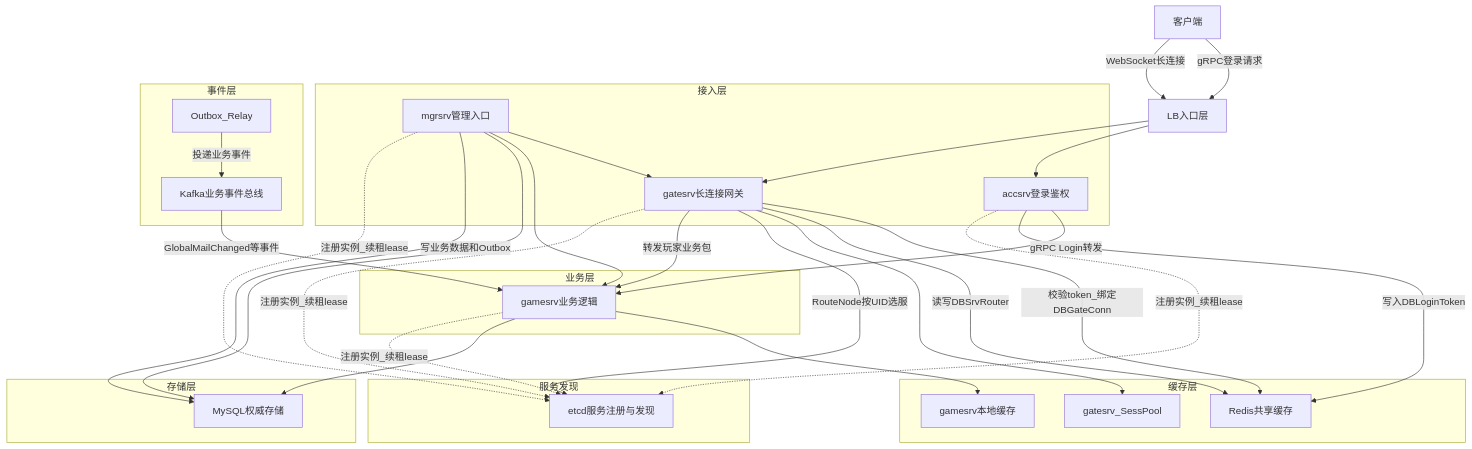
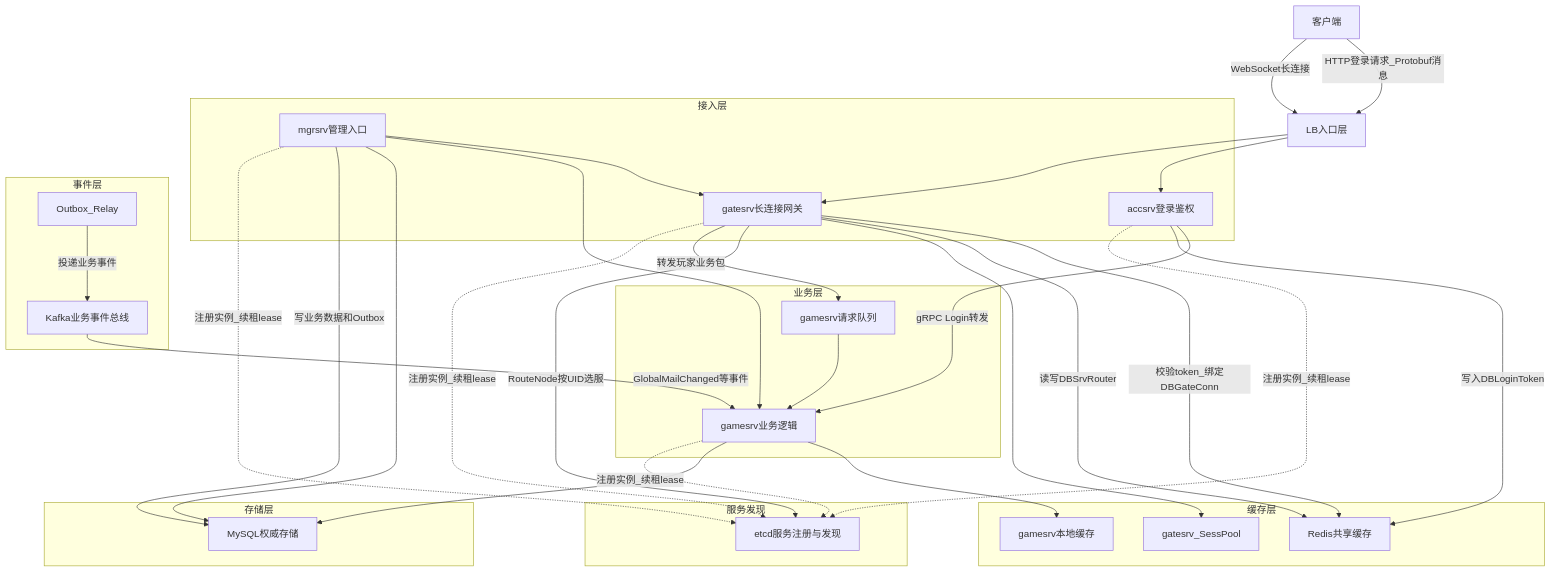
One commit to zhanglei19960726/globalmail changed the diagram in docs/server-architecture.md. Above: the diagram before and after it, drawn with Mermaid. The commit also changed other lines of this file and 18 other files, not shown here.

````diff
--- a/docs/server-architecture.md
+++ b/docs/server-architecture.md
@@ -11,60 +11,62 @@
 ```mermaid
 flowchart TD
-    client[客户端] -->|"gRPC登录请求"| lb[LB入口层]
+    client[客户端] -->|"HTTP登录请求_Protobuf消息"| lb[LB入口层]
     client -->|"WebSocket长连接"| lb
 
     subgraph accessLayer [接入层]
         acc[accsrv登录鉴权]
         gate[gatesrv长连接网关]
         mgr[mgrsrv管理入口]
     end
 
     subgraph logicLayer [业务层]
+        reqQueue[gamesrv请求队列]
         game[gamesrv业务逻辑]
     end
 
     subgraph discoveryLayer [服务发现]
         etcd[etcd服务注册与发现]
     end
 
     subgraph cacheLayer [缓存层]
         gateMem[gatesrv_SessPool]
         gameMem[gamesrv本地缓存]
         redis[Redis共享缓存]
     end
 
     subgraph eventLayer [事件层]
         outbox[Outbox_Relay]
         kafka[Kafka业务事件总线]
     end
 
     subgraph storageLayer [存储层]
         mysql[MySQL权威存储]
     end
 
     lb --> acc
     lb --> gate
     mgr --> gate
     mgr --> game
 
     acc -->|"gRPC Login转发"| game
     acc -->|"写入DBLoginToken"| redis
     gate -->|"校验token_绑定DBGateConn"| redis
     gate -->|"读写DBSrvRouter"| redis
     gate --> gateMem
 
     gate -->|"RouteNode按UID选服"| etcd
-    gate -->|"转发玩家业务包"| game
+    gate -->|"转发玩家业务包"| reqQueue
+    reqQueue --> game
     game --> gameMem
 
     game --> mysql
     mgr --> mysql
     mgr -->|"写业务数据和Outbox"| mysql
     outbox -->|"投递业务事件"| kafka
     kafka -->|"GlobalMailChanged等事件"| game
 
     acc -.->|"注册实例_续租lease"| etcd
     gate -.->|"注册实例_续租lease"| etcd
     game -.->|"注册实例_续租lease"| etcd
     mgr -.->|"注册实例_续租lease"| etcd
 ```
````
